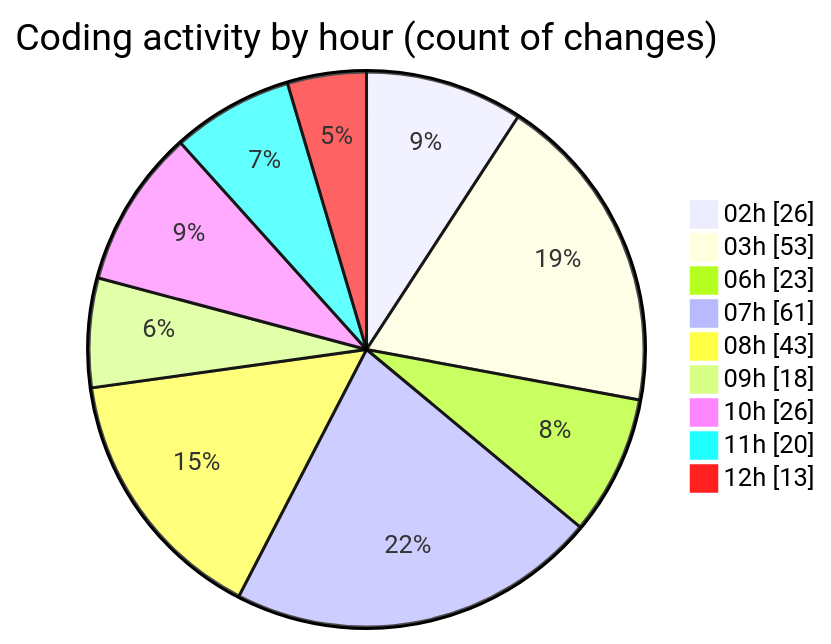
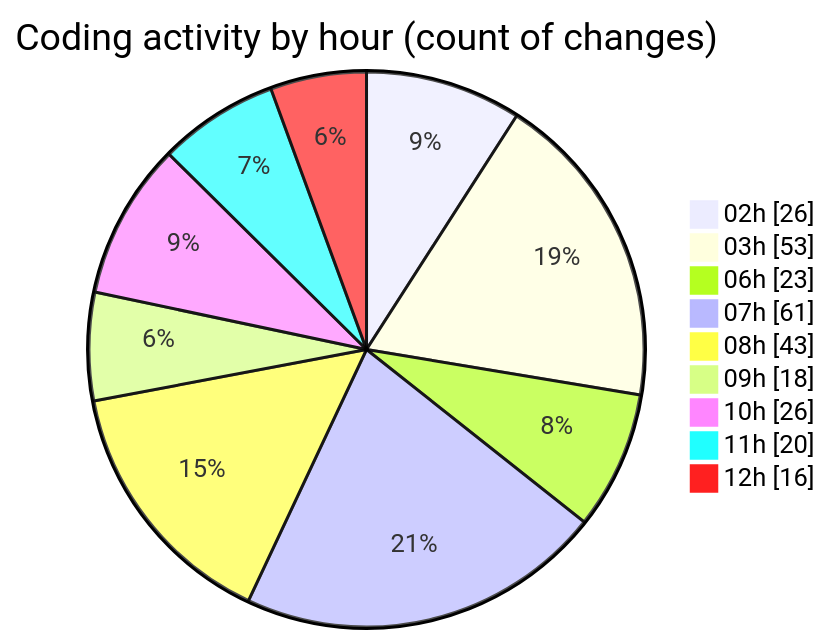
The second of 2 diagrams in 2025-02-22/micros/README.md (charlie-sans/code-tracking), drawn with Mermaid before and after one commit. The commit also changed other lines of this file and 1 other file, not shown here.

````diff
--- a/2025-02-22/micros/README.md
+++ b/2025-02-22/micros/README.md
@@ -79,13 +79,13 @@
 ```mermaid
 pie showData
 title Coding activity by hour (count of changes)
 "02h" : 26
 "03h" : 53
 "06h" : 23
 "07h" : 61
 "08h" : 43
 "09h" : 18
 "10h" : 26
 "11h" : 20
-"12h" : 13
+"12h" : 16
 ```
````
